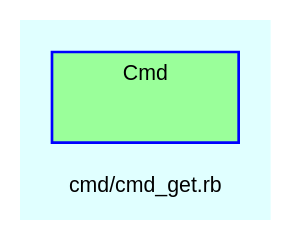
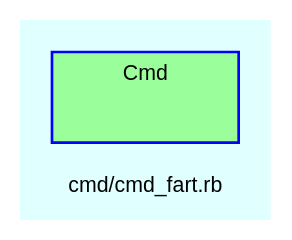
The diagram in doc/dot/f_16.dot (Tyche/teensymud), drawn with Graphviz before and after one commit. The commit also changed 121 other files, not shown here.

```diff
--- a/doc/dot/f_16.dot
+++ b/doc/dot/f_16.dot
@@ -1,29 +1,29 @@
 digraph TopLevel {
     compound = true
     bgcolor = lightcyan1
     fontname = Arial
     fontsize = 8
-    label = "cmd/cmd_get.rb"
+    label = "cmd/cmd_fart.rb"
     node [
         fontname = Arial,
         fontsize = 8,
         color = black
     ]
 
     subgraph cluster_Cmd {
         fillcolor = palegreen1
         URL = "classes/Cmd.html"
         fontname = Arial
         color = blue
         label = "Cmd"
         style = filled
         Cmd [
             shape = plaintext,
             height = 0.01,
             width = 0.75,
             label = ""
         ]
 
     }
 
 }
```
